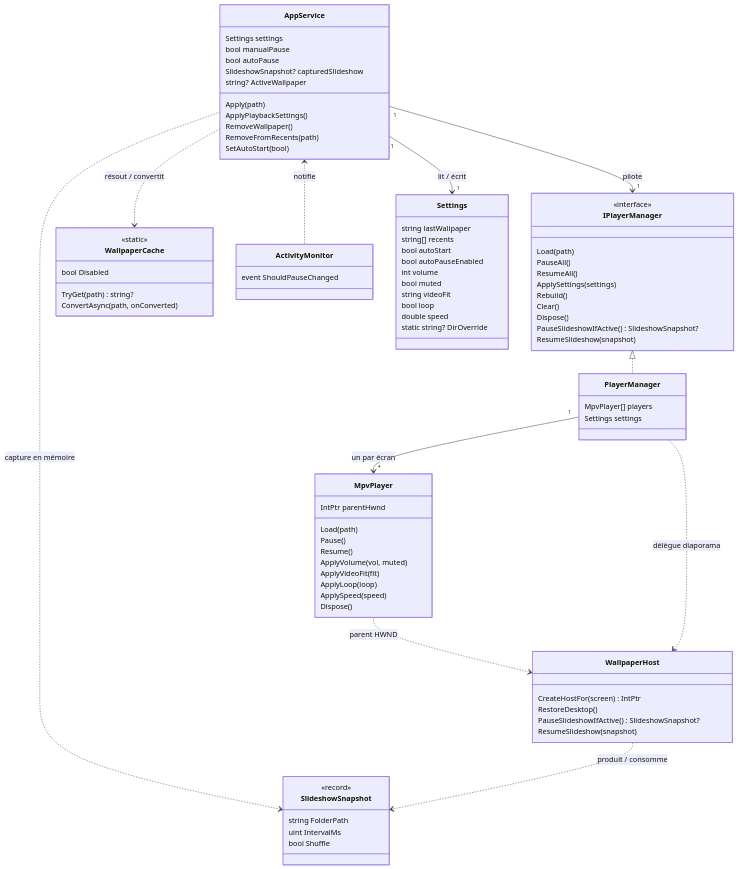
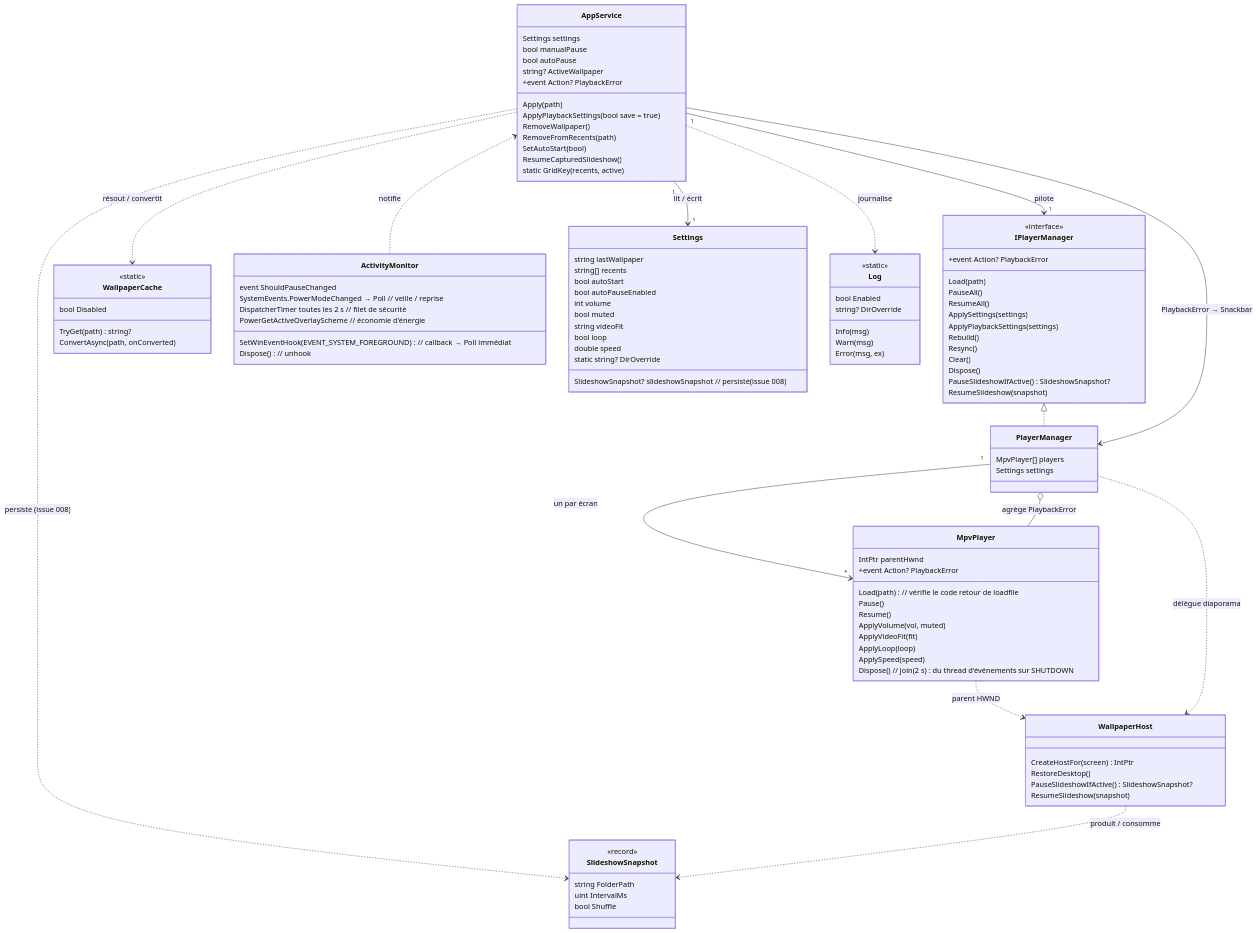
The first of 5 diagrams in docs/ARCHITECTURE-TECHNIQUE.md (KevinT78/wallflow), drawn with Mermaid before and after one commit. The commit also changed other lines of this file and 2 other files, not shown here.

First line of the commit message:
docs: sync archi/vue produit + protocole de test manuel (fiabilite, perf, Win10)

````diff
--- a/docs/ARCHITECTURE-TECHNIQUE.md
+++ b/docs/ARCHITECTURE-TECHNIQUE.md
@@ -35,11 +38,14 @@
 classDiagram
     class IPlayerManager {
         <<interface>>
+        +event Action<string>? PlaybackError
         Load(path)
         PauseAll()
         ResumeAll()
         ApplySettings(settings)
+        ApplyPlaybackSettings(settings)
         Rebuild()
+        Resync()
         Clear()
         Dispose()
         PauseSlideshowIfActive() SlideshowSnapshot?
@@ -49,13 +55,15 @@
         Settings settings
         bool manualPause
         bool autoPause
-        SlideshowSnapshot? capturedSlideshow
         string? ActiveWallpaper
+        +event Action<string>? PlaybackError
         Apply(path)
-        ApplyPlaybackSettings()
+        ApplyPlaybackSettings(bool save = true)
         RemoveWallpaper()
         RemoveFromRecents(path)
         SetAutoStart(bool)
+        ResumeCapturedSlideshow()
+        static GridKey(recents, active)
     }
     class PlayerManager {
         MpvPlayer[] players
@@ -63,14 +71,15 @@
     }
     class MpvPlayer {
         IntPtr parentHwnd
-        Load(path)
+        +event Action? PlaybackError
+        Load(path)  // vérifie le code retour de loadfile
         Pause()
         Resume()
         ApplyVolume(vol, muted)
         ApplyVideoFit(fit)
         ApplyLoop(loop)
         ApplySpeed(speed)
-        Dispose()
+        Dispose()  // join(2 s) du thread d'événements sur SHUTDOWN
     }
     class WallpaperHost {
         CreateHostFor(screen) IntPtr
@@ -92,10 +101,16 @@
     }
     class ActivityMonitor {
         event ShouldPauseChanged
+        SetWinEventHook(EVENT_SYSTEM_FOREGROUND)  // callback → Poll immédiat
+        SystemEvents.PowerModeChanged → Poll      // veille / reprise
+        DispatcherTimer toutes les 2 s            // filet de sécurité
+        PowerGetActiveOverlayScheme               // économie d'énergie
+        Dispose()                                 // unhook
     }
     class Settings {
         string lastWallpaper
         string[] recents
+        SlideshowSnapshot? slideshowSnapshot   // persisté (issue 008)
         bool autoStart
         bool autoPauseEnabled
         int volume
@@ -105,6 +120,14 @@
         double speed
         static string? DirOverride
     }
+    class Log {
+        <<static>>
+        bool Enabled
+        string? DirOverride
+        Info(msg)
+        Warn(msg)
+        Error(msg, ex)
+    }
     IPlayerManager <|.. PlayerManager
     AppService "1" --> "1" IPlayerManager : pilote
     AppService "1" --> "1" Settings : lit / écrit
@@ -112,7 +135,10 @@
     AppService ..> WallpaperCache : résout / convertit
     PlayerManager "1" --> "*" MpvPlayer : un par écran
     MpvPlayer ..> WallpaperHost : parent HWND
-    AppService ..> SlideshowSnapshot : capture en mémoire
+    AppService ..> SlideshowSnapshot : persiste (issue 008)
     WallpaperHost ..> SlideshowSnapshot : produit / consomme
     PlayerManager ..> WallpaperHost : délègue diaporama
+    PlayerManager o-- MpvPlayer : agrège PlaybackError
+    AppService --> PlayerManager : PlaybackError → Snackbar
+    AppService ..> Log : journalise
 ```
````
